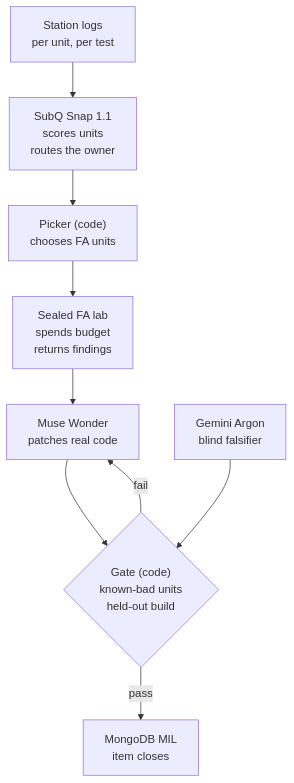
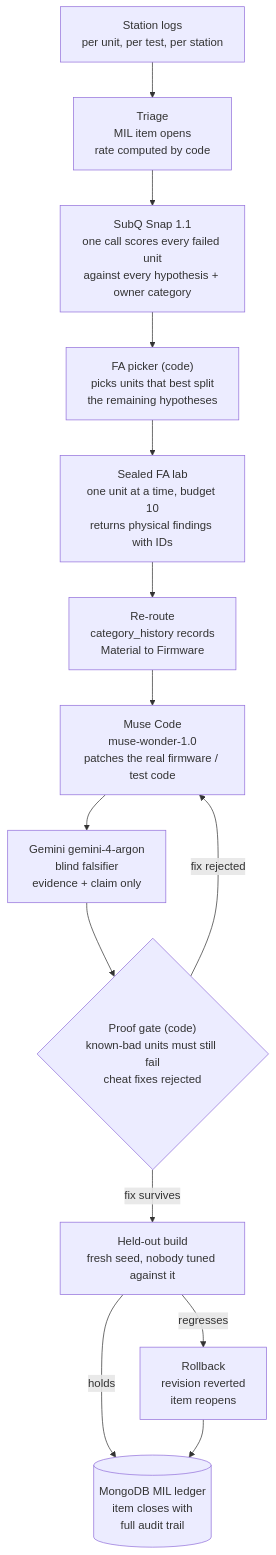
Before and after one commit to benikigai/closeout: the second of 6 diagrams in README.md, drawn with Mermaid. The commit also changed other lines of this file, not shown here.

````diff
--- a/README.md
+++ b/README.md
@@ -41,11 +117,16 @@
 ```mermaid
 flowchart TD
-    logs["Station logs<br/>per unit, per test"] --> subq["SubQ Snap 1.1<br/>scores units<br/>routes the owner"]
-    subq --> picker["Picker (code)<br/>chooses FA units"]
-    picker --> fa["Sealed FA lab<br/>spends budget<br/>returns findings"]
-    fa --> muse["Muse Wonder<br/>patches real code"]
-    muse --> gate{"Gate (code)<br/>known-bad units<br/>held-out build"}
-    gemini["Gemini Argon<br/>blind falsifier"] --> gate
-    gate -- pass --> close["MongoDB MIL<br/>item closes"]
-    gate -- fail --> muse
+    logs["Station logs<br/>per unit, per test, per station"] --> triage["Triage<br/>MIL item opens<br/>rate computed by code"]
+    triage --> subq["SubQ Snap 1.1<br/>one call scores every failed unit<br/>against every hypothesis + owner category"]
+    subq --> picker["FA picker (code)<br/>picks units that best split<br/>the remaining hypotheses"]
+    picker --> fa["Sealed FA lab<br/>one unit at a time, budget 10<br/>returns physical findings with IDs"]
+    fa --> route["Re-route<br/>category_history records<br/>Material to Firmware"]
+    route --> muse["Muse Code<br/>muse-wonder-1.0<br/>patches the real firmware / test code"]
+    muse --> gemini["Gemini gemini-4-argon<br/>blind falsifier<br/>evidence + claim only"]
+    gemini --> gate{"Proof gate (code)<br/>known-bad units must still fail<br/>cheat fixes rejected"}
+    gate -- "fix rejected" --> muse
+    gate -- "fix survives" --> heldout["Held-out build<br/>fresh seed, nobody tuned against it"]
+    heldout -- "regresses" --> rollback["Rollback<br/>revision reverted<br/>item reopens"]
+    heldout -- "holds" --> db[("MongoDB MIL ledger<br/>item closes with<br/>full audit trail")]
+    rollback --> db
 ```
````
